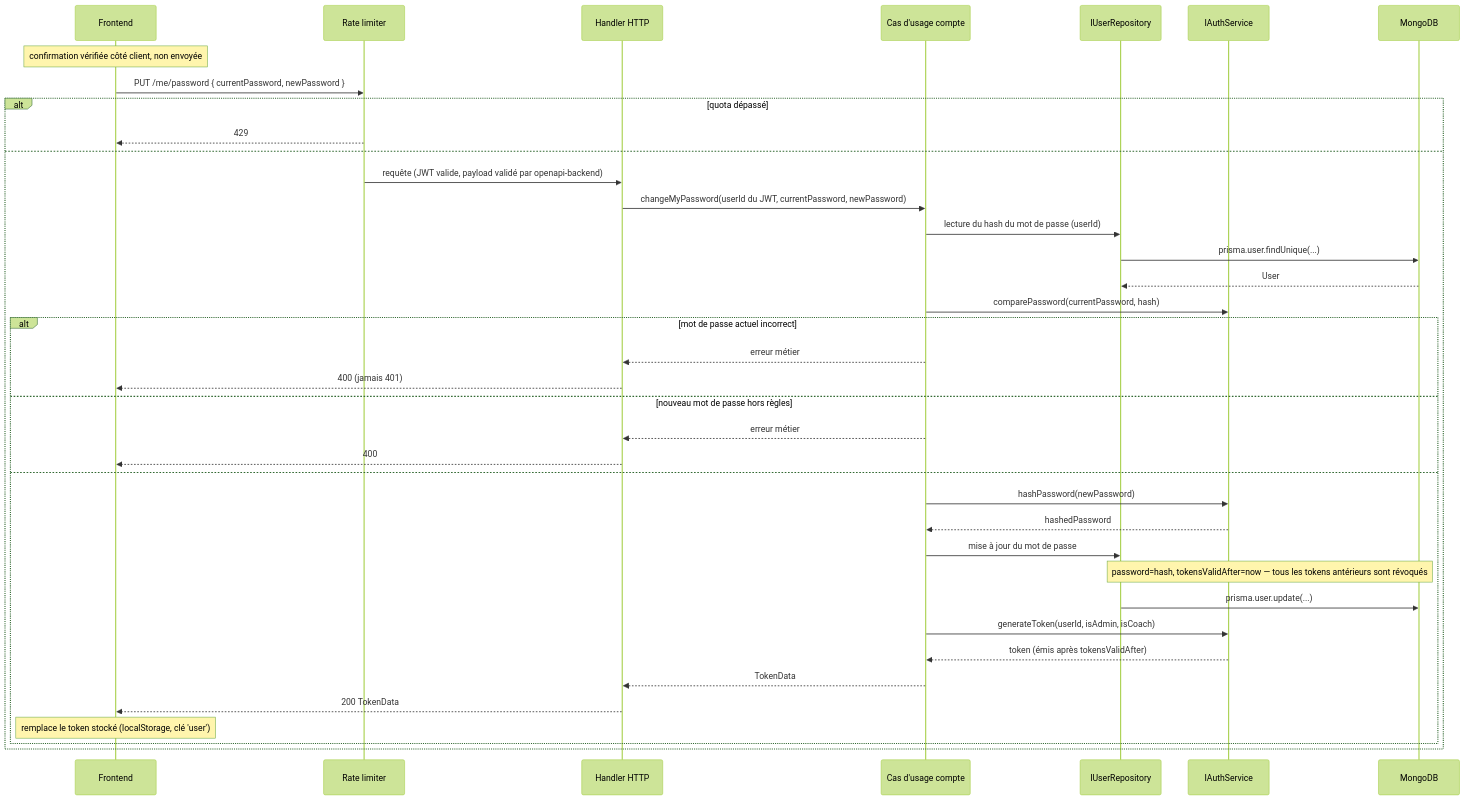
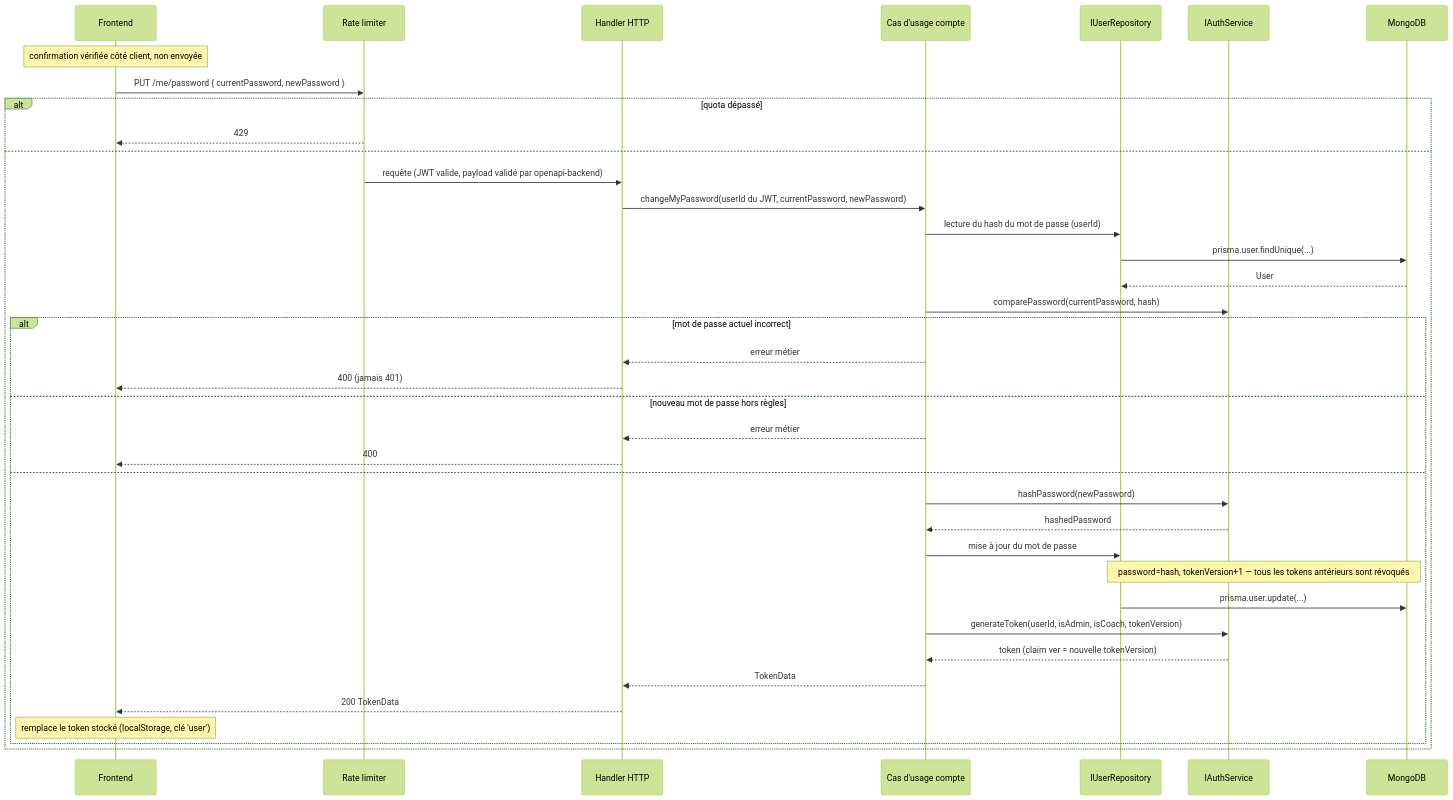
The first of 2 diagrams in specifications/24-page-compte.md (ptitdam2001/fullstack-application), drawn with Mermaid (forest theme) before and after one commit. The commit also changed other lines of this file and 2 other files, not shown here.

First line of the commit message:
docs(spec): revoke sessions with a token version instead of a date

````diff
--- a/specifications/24-page-compte.md
+++ b/specifications/24-page-compte.md
@@ -165,41 +165,41 @@
 ```mermaid
 sequenceDiagram
     participant FE as Frontend
     participant RL as Rate limiter
     participant API as Handler HTTP
     participant UC as Cas d'usage compte
     participant UserRepo as IUserRepository
     participant AuthSvc as IAuthService
     participant DB as MongoDB
 
     Note over FE: confirmation vérifiée côté client, non envoyée
     FE->>RL: PUT /me/password { currentPassword, newPassword }
     alt quota dépassé
         RL-->>FE: 429
     else
         RL->>API: requête (JWT valide, payload validé par openapi-backend)
         API->>UC: changeMyPassword(userId du JWT, currentPassword, newPassword)
         UC->>UserRepo: lecture du hash du mot de passe (userId)
         UserRepo->>DB: prisma.user.findUnique(...)
         DB-->>UserRepo: User
         UC->>AuthSvc: comparePassword(currentPassword, hash)
         alt mot de passe actuel incorrect
             UC-->>API: erreur métier
             API-->>FE: 400 (jamais 401)
         else nouveau mot de passe hors règles
             UC-->>API: erreur métier
             API-->>FE: 400
         else
             UC->>AuthSvc: hashPassword(newPassword)
             AuthSvc-->>UC: hashedPassword
             UC->>UserRepo: mise à jour du mot de passe
-            Note over UserRepo,DB: password=hash, tokensValidAfter=now — tous les tokens antérieurs sont révoqués
+            Note over UserRepo,DB: password=hash, tokenVersion+1 — tous les tokens antérieurs sont révoqués
             UserRepo->>DB: prisma.user.update(...)
-            UC->>AuthSvc: generateToken(userId, isAdmin, isCoach)
-            AuthSvc-->>UC: token (émis après tokensValidAfter)
+            UC->>AuthSvc: generateToken(userId, isAdmin, isCoach, tokenVersion)
+            AuthSvc-->>UC: token (claim ver = nouvelle tokenVersion)
             UC-->>API: TokenData
             API-->>FE: 200 TokenData
             Note over FE: remplace le token stocké (localStorage, clé 'user')
         end
     end
 ```
````
